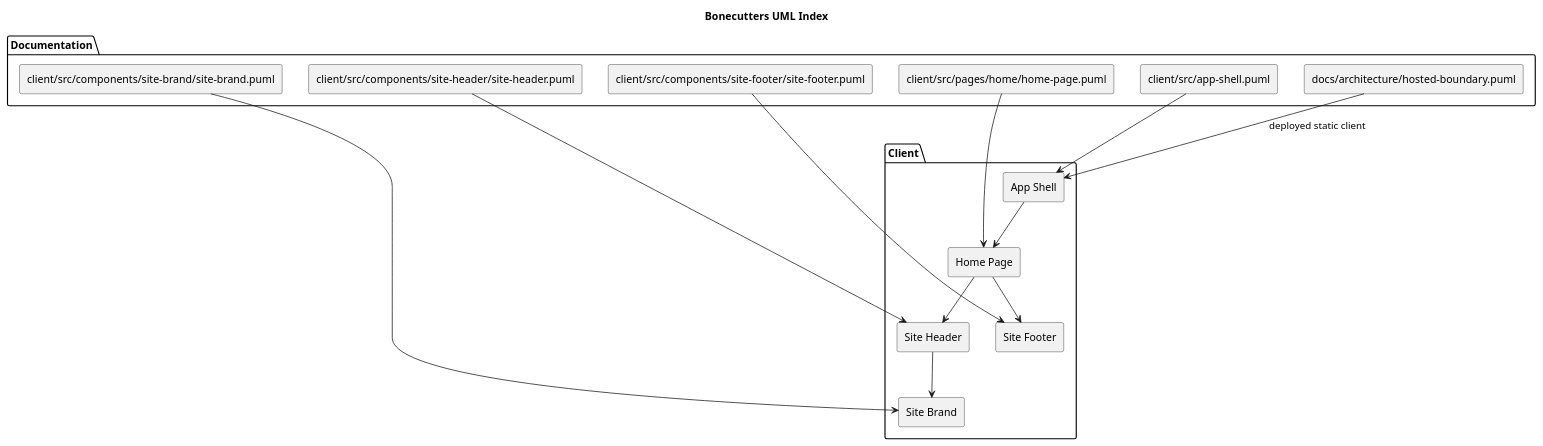
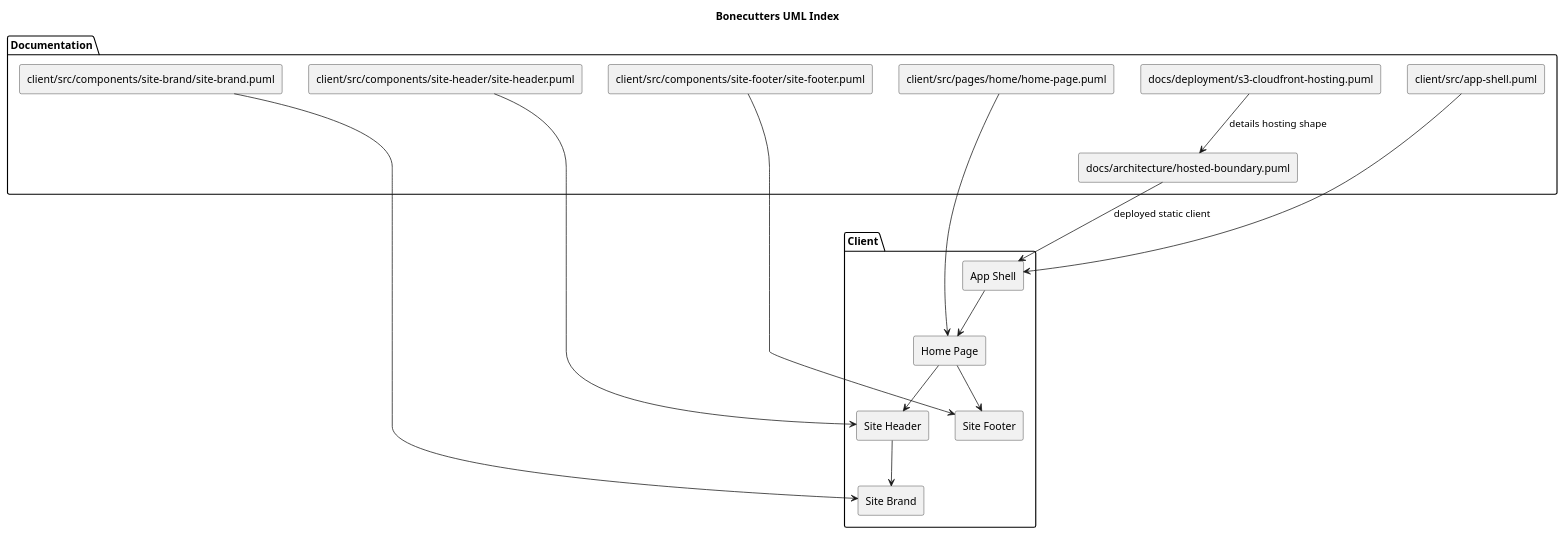
The diagram in docs/architecture/uml-index.puml (bonecutter-hierophant/Bonecutters), drawn with PlantUML before and after one commit. The commit also changed 15 other files, not shown here.

```diff
--- a/docs/architecture/uml-index.puml
+++ b/docs/architecture/uml-index.puml
@@ -1,33 +1,35 @@
 @startuml
 title Bonecutters UML Index
 skinparam componentStyle rectangle
 
 package "Client" {
   component "App Shell" as AppShell
   component "Home Page" as HomePage
   component "Site Brand" as SiteBrand
   component "Site Header" as SiteHeader
   component "Site Footer" as SiteFooter
 }
 
 package "Documentation" {
   component "client/src/app-shell.puml" as AppShellDoc
   component "client/src/pages/home/home-page.puml" as HomePageDoc
   component "client/src/components/site-brand/site-brand.puml" as SiteBrandDoc
   component "client/src/components/site-header/site-header.puml" as SiteHeaderDoc
   component "client/src/components/site-footer/site-footer.puml" as SiteFooterDoc
   component "docs/architecture/hosted-boundary.puml" as HostedBoundaryDoc
+  component "docs/deployment/s3-cloudfront-hosting.puml" as DeploymentDoc
 }
 
 AppShellDoc --> AppShell
 HomePageDoc --> HomePage
 SiteBrandDoc --> SiteBrand
 SiteHeaderDoc --> SiteHeader
 SiteFooterDoc --> SiteFooter
 AppShell --> HomePage
 HomePage --> SiteHeader
 HomePage --> SiteFooter
 SiteHeader --> SiteBrand
 HostedBoundaryDoc --> AppShell : deployed static client
+DeploymentDoc --> HostedBoundaryDoc : details hosting shape
 
 @enduml
```
